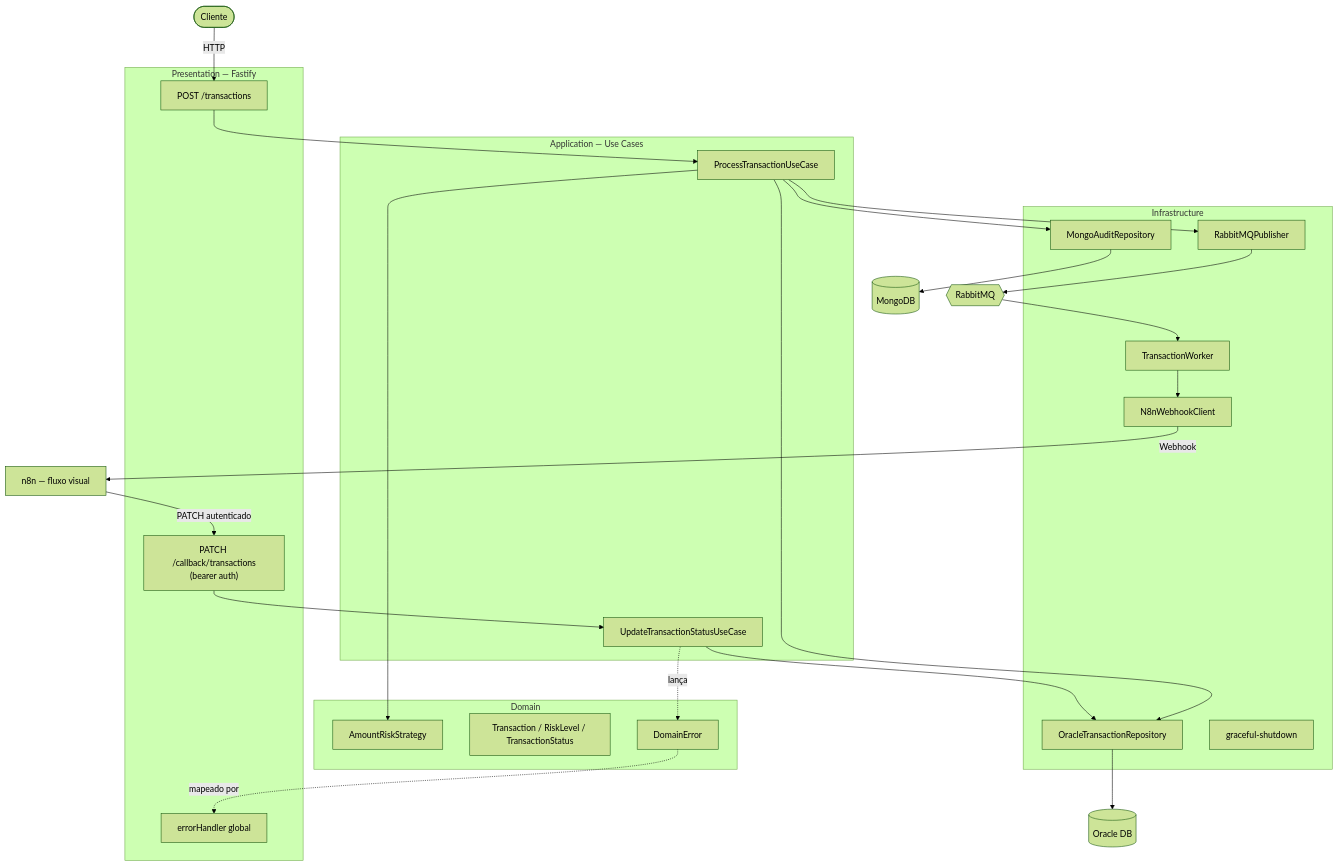
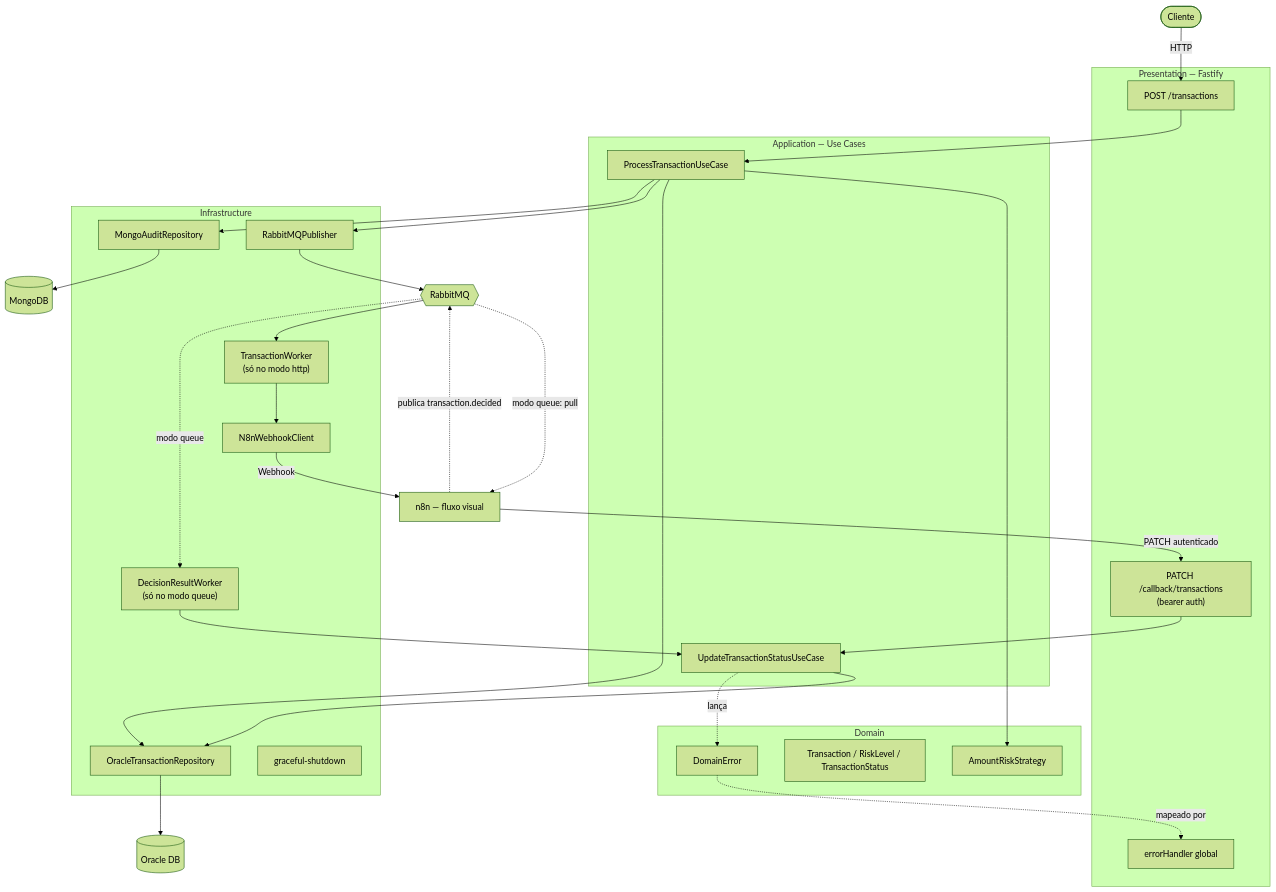
Before and after one commit to jvcamargoalmeida/poc-decision-backend: the fifth of 7 diagrams in ARCHITECTURE.md, drawn with Mermaid (forest theme). The commit also changed other lines of this file and 4 other files, not shown here.

````diff
--- a/ARCHITECTURE.md
+++ b/ARCHITECTURE.md
@@ -174,53 +247,58 @@
 ```mermaid
 flowchart TB
     Client([Cliente])
 
     subgraph P["Presentation — Fastify"]
         TxRoute["POST /transactions"]
         CbRoute["PATCH /callback/transactions<br/>(bearer auth)"]
         ErrH["errorHandler global"]
     end
 
     subgraph A["Application — Use Cases"]
         ProcessUC["ProcessTransactionUseCase"]
         UpdateUC["UpdateTransactionStatusUseCase"]
     end
 
     subgraph D["Domain"]
         Strategy["AmountRiskStrategy"]
         Entity["Transaction / RiskLevel / TransactionStatus"]
         Errors["DomainError"]
     end
 
     subgraph I["Infrastructure"]
         OracleRepo["OracleTransactionRepository"]
         MongoRepo["MongoAuditRepository"]
         Publisher["RabbitMQPublisher"]
-        Worker["TransactionWorker"]
+        Worker["TransactionWorker<br/>(só no modo http)"]
+        DecWorker["DecisionResultWorker<br/>(só no modo queue)"]
         N8nClient["N8nWebhookClient"]
         Shutdown["graceful-shutdown"]
     end
 
     Oracle[(Oracle DB)]
     Mongo[(MongoDB)]
     Queue{{RabbitMQ}}
     N8n["n8n — fluxo visual"]
 
     Client -->|HTTP| TxRoute
     TxRoute --> ProcessUC
     ProcessUC --> Strategy
     ProcessUC --> OracleRepo
     ProcessUC --> Publisher
     ProcessUC --> MongoRepo
     OracleRepo --> Oracle
     MongoRepo --> Mongo
     Publisher --> Queue
     Queue --> Worker
     Worker --> N8nClient
     N8nClient -->|Webhook| N8n
     N8n -->|PATCH autenticado| CbRoute
     CbRoute --> UpdateUC
+    Queue -."modo queue: pull".-> N8n
+    N8n -."publica transaction.decided".-> Queue
+    Queue -."modo queue".-> DecWorker
+    DecWorker --> UpdateUC
     UpdateUC --> OracleRepo
     UpdateUC -.lança.-> Errors
     Errors -.mapeado por.-> ErrH
 ```
````
